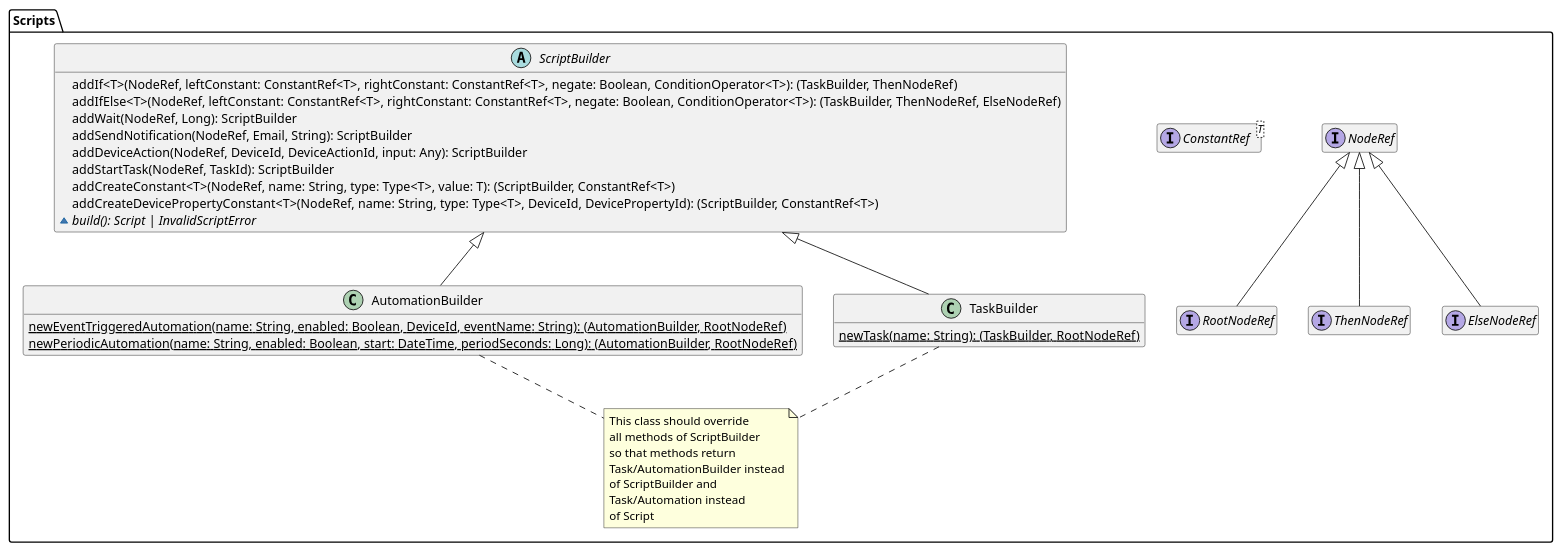
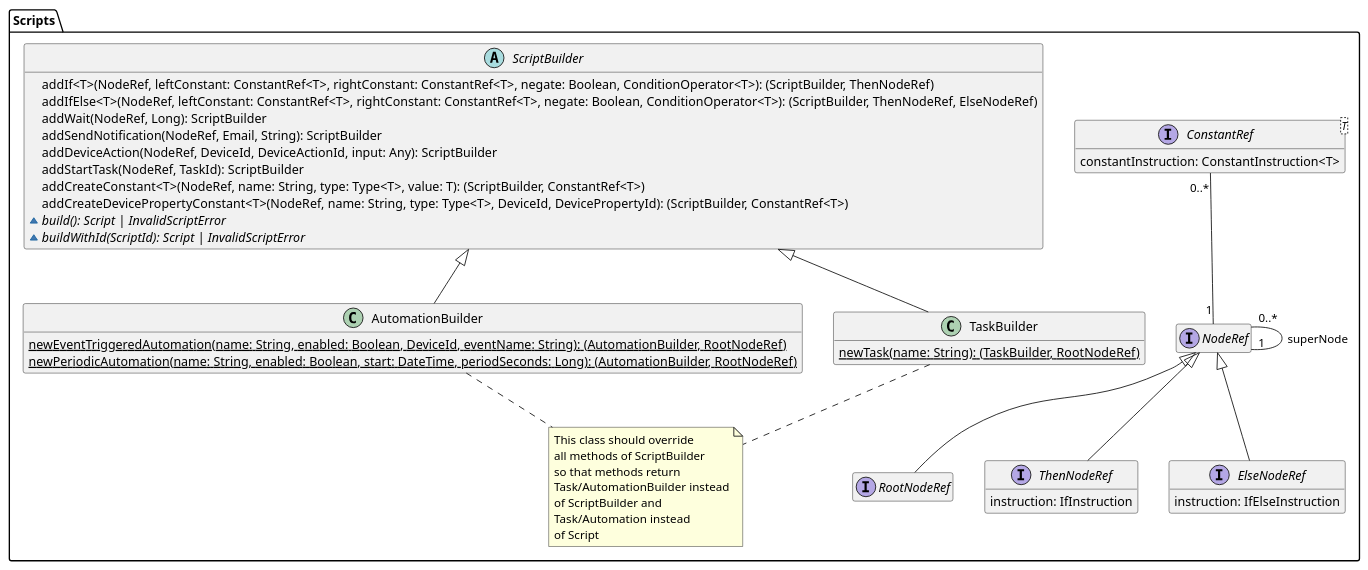
One commit to DomoticASW/.github changed the diagram in diagrams/src/scripts-builders-domain-model.puml. Above: the diagram before and after it, drawn with PlantUML. The commit also changed 1 other file, not shown here.

Commit message:
Update diagram of script builder

```diff
--- a/diagrams/src/scripts-builders-domain-model.puml
+++ b/diagrams/src/scripts-builders-domain-model.puml
@@ -1,48 +1,56 @@
 @startuml scripts-builders-domain-model
 
 hide empty members
 
 package "Scripts" {
     interface NodeRef
 
     interface RootNodeRef extends NodeRef
-    interface ThenNodeRef extends NodeRef
-    interface ElseNodeRef extends NodeRef
-    interface ConstantRef<T>
+    interface ThenNodeRef extends NodeRef {
+        instruction: IfInstruction
+    }
+    interface ElseNodeRef extends NodeRef {
+        instruction: IfElseInstruction
+    }
+    interface ConstantRef<T> {
+        constantInstruction: ConstantInstruction<T>
+    }
 
-    ' WHEN IMPLEMENTING TRY TO SEE WHAT IT LOOKS LIKE TO USE HIGHER ORDER FUNCTIONS
     abstract class ScriptBuilder {
-        addIf<T>(NodeRef, leftConstant: ConstantRef<T>, rightConstant: ConstantRef<T>, negate: Boolean, ConditionOperator<T>): (TaskBuilder, ThenNodeRef)
-        addIfElse<T>(NodeRef, leftConstant: ConstantRef<T>, rightConstant: ConstantRef<T>, negate: Boolean, ConditionOperator<T>): (TaskBuilder, ThenNodeRef, ElseNodeRef)
+        addIf<T>(NodeRef, leftConstant: ConstantRef<T>, rightConstant: ConstantRef<T>, negate: Boolean, ConditionOperator<T>): (ScriptBuilder, ThenNodeRef)
+        addIfElse<T>(NodeRef, leftConstant: ConstantRef<T>, rightConstant: ConstantRef<T>, negate: Boolean, ConditionOperator<T>): (ScriptBuilder, ThenNodeRef, ElseNodeRef)
         addWait(NodeRef, Long): ScriptBuilder
         addSendNotification(NodeRef, Email, String): ScriptBuilder
         addDeviceAction(NodeRef, DeviceId, DeviceActionId, input: Any): ScriptBuilder
         addStartTask(NodeRef, TaskId): ScriptBuilder
         addCreateConstant<T>(NodeRef, name: String, type: Type<T>, value: T): (ScriptBuilder, ConstantRef<T>)
         addCreateDevicePropertyConstant<T>(NodeRef, name: String, type: Type<T>, DeviceId, DevicePropertyId): (ScriptBuilder, ConstantRef<T>)
         {abstract} ~ build(): Script | InvalidScriptError
+        {abstract} ~ buildWithId(ScriptId): Script | InvalidScriptError
     }
 
     ' It may be useful to use composition instead of inheritance for Task and Automations with regards to Script
     class TaskBuilder extends ScriptBuilder {
         {static} newTask(name: String): (TaskBuilder, RootNodeRef)
     }
     class AutomationBuilder extends ScriptBuilder {
         {static} newEventTriggeredAutomation(name: String, enabled: Boolean, DeviceId, eventName: String): (AutomationBuilder, RootNodeRef)
         {static} newPeriodicAutomation(name: String, enabled: Boolean, start: DateTime, periodSeconds: Long): (AutomationBuilder, RootNodeRef)
     }
     note as ScriptBuilderNote
         This class should override
         all methods of ScriptBuilder
         so that methods return 
         Task/AutomationBuilder instead
         of ScriptBuilder and 
         Task/Automation instead
         of Script
     end note
 
     ScriptBuilderNote .u. TaskBuilder
     ScriptBuilderNote .u. AutomationBuilder
+    ConstantRef "0..*" -- "1" NodeRef
+    NodeRef "0..*" -- "1" NodeRef: superNode
 }
 
 @enduml
```
